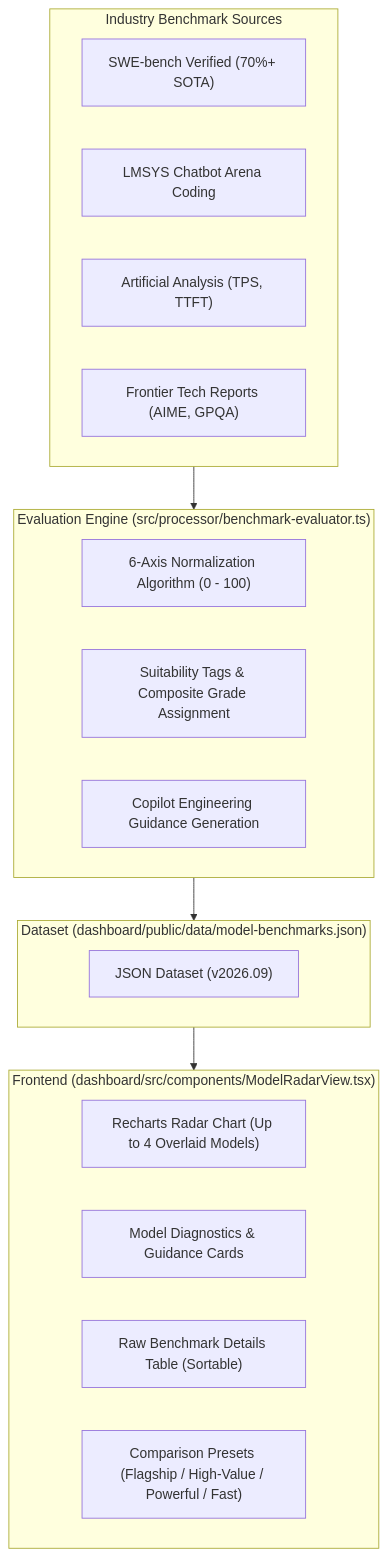
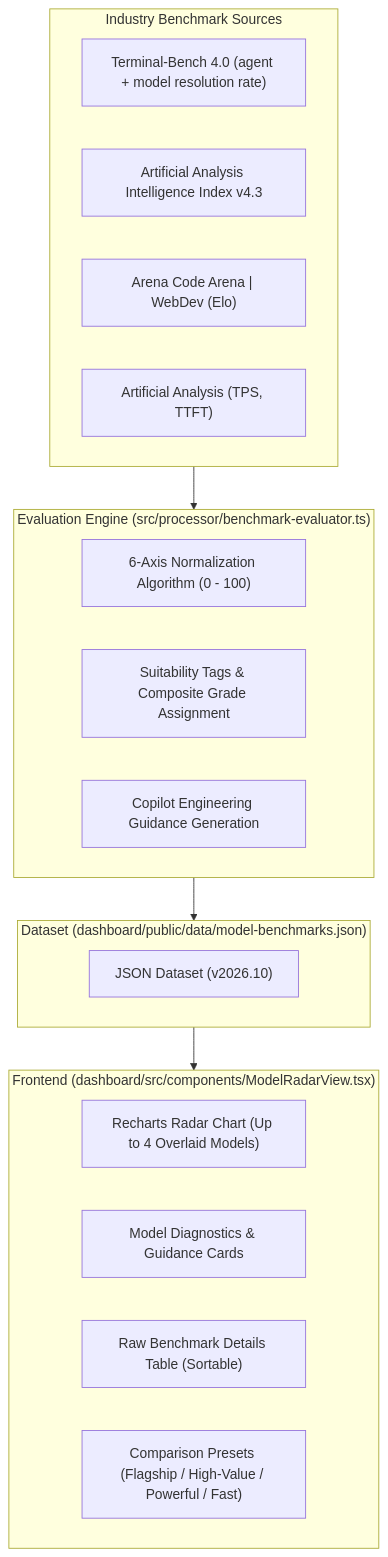
One commit to sun-flat-yamada/github-copilot-dashboard changed the first of 2 diagrams in docs/specifications/10_ai_model_benchmark_radar_spec.md. Above: the diagram before and after it, drawn with Mermaid. The commit also changed other lines of this file and 7 other files, not shown here.

````diff
--- a/docs/specifications/10_ai_model_benchmark_radar_spec.md
+++ b/docs/specifications/10_ai_model_benchmark_radar_spec.md
@@ -34,30 +35,30 @@
 ```mermaid
 flowchart TD
     subgraph Sources["Industry Benchmark Sources"]
-        SWE["SWE-bench Verified (70%+ SOTA)"]
-        Arena["LMSYS Chatbot Arena Coding"]
+        TB["Terminal-Bench 4.0 (agent + model resolution rate)"]
+        AAI["Artificial Analysis Intelligence Index v4.3"]
+        Arena["Arena Code Arena | WebDev (Elo)"]
         AA["Artificial Analysis (TPS, TTFT)"]
-        Paper["Frontier Tech Reports (AIME, GPQA)"]
     end
 
     subgraph Evaluator["Evaluation Engine (src/processor/benchmark-evaluator.ts)"]
         Norm["6-Axis Normalization Algorithm (0 - 100)"]
         Tag["Suitability Tags & Composite Grade Assignment"]
         Guide["Copilot Engineering Guidance Generation"]
     end
 
     subgraph Storage["Dataset (dashboard/public/data/model-benchmarks.json)"]
-        JSON["JSON Dataset (v2026.09)"]
+        JSON["JSON Dataset (v2026.10)"]
     end
 
     subgraph UI["Frontend (dashboard/src/components/ModelRadarView.tsx)"]
         Chart["Recharts Radar Chart (Up to 4 Overlaid Models)"]
         Cards["Model Diagnostics & Guidance Cards"]
         Table["Raw Benchmark Details Table (Sortable)"]
         Preset["Comparison Presets (Flagship / High-Value / Powerful / Fast)"]
     end
 
     Sources --> Evaluator
     Evaluator --> Storage
     Storage --> UI
 ```
````
